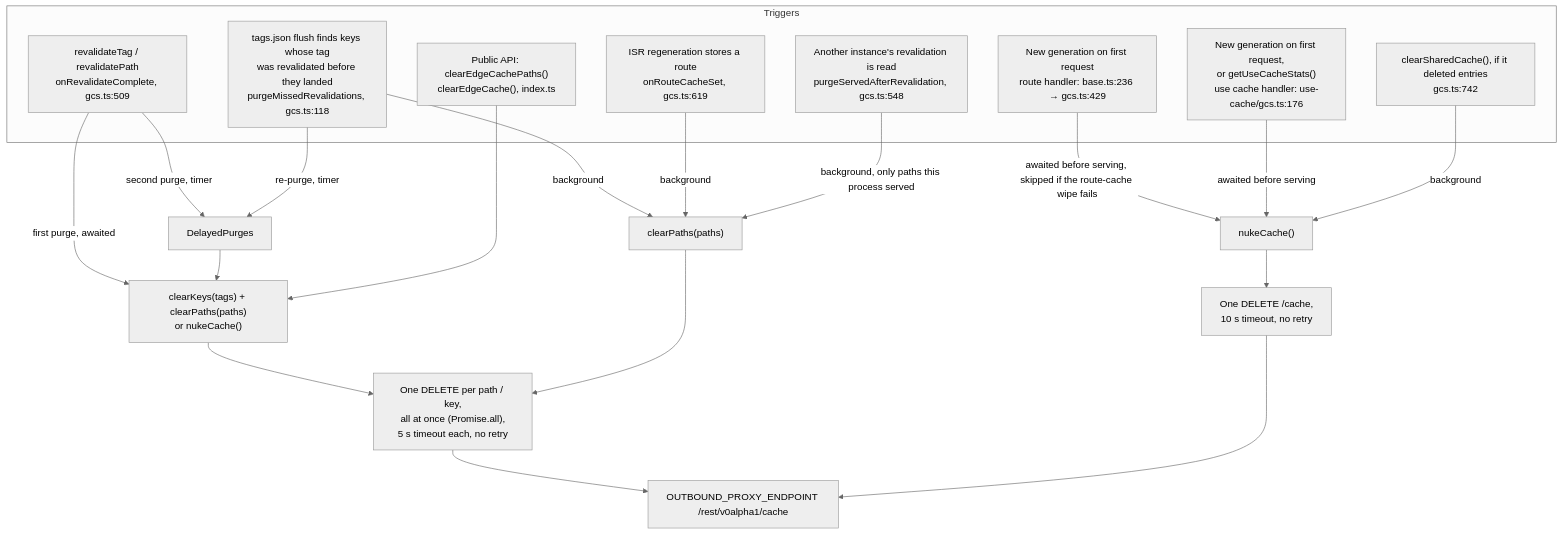
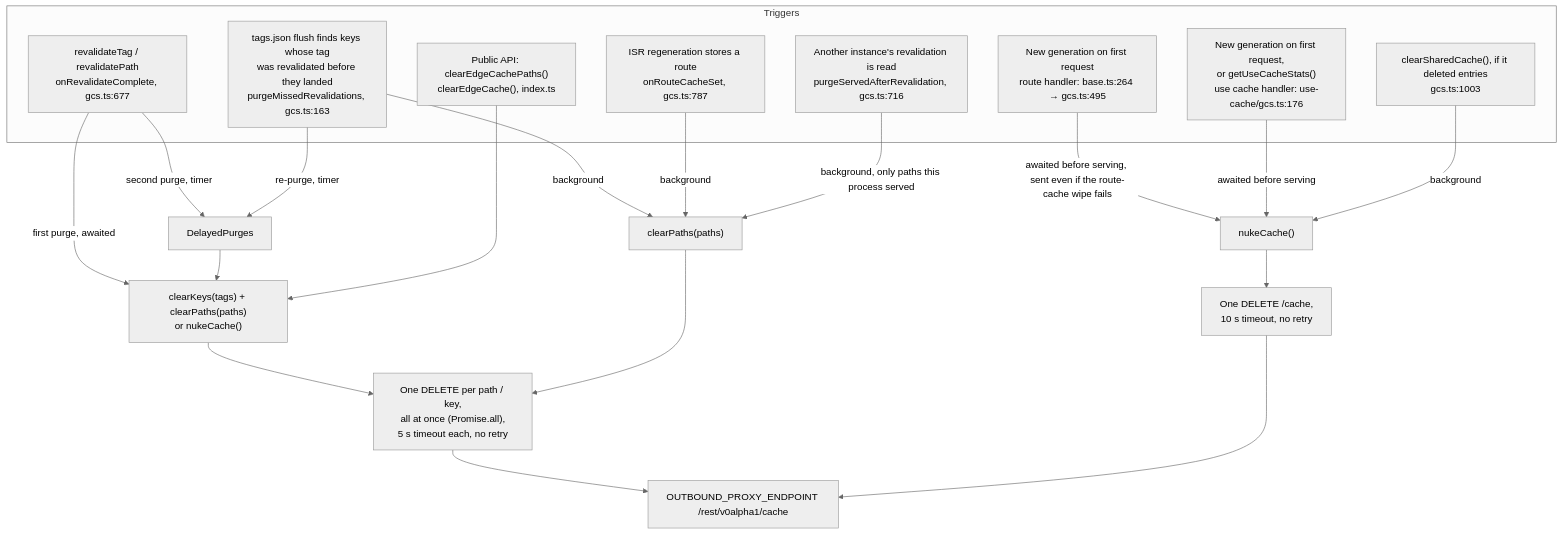
The fourth of 5 diagrams in ARCHITECTURE.md (pantheon-systems/nextjs-cache-handler), drawn with Mermaid (neutral theme) before and after one commit. The commit also changed other lines of this file and 20 other files, not shown here.

````diff
--- a/ARCHITECTURE.md
+++ b/ARCHITECTURE.md
@@ -212,31 +212,31 @@
 ```mermaid
 flowchart TB
   subgraph triggers["Triggers"]
-    t1["revalidateTag / revalidatePath<br/>onRevalidateComplete, gcs.ts:509"]
-    t2["ISR regeneration stores a route<br/>onRouteCacheSet, gcs.ts:619"]
-    t3["tags.json flush finds keys whose tag<br/>was revalidated before they landed<br/>purgeMissedRevalidations, gcs.ts:118"]
-    t4["New generation on first request<br/>route handler: base.ts:236 → gcs.ts:429"]
+    t1["revalidateTag / revalidatePath<br/>onRevalidateComplete, gcs.ts:677"]
+    t2["ISR regeneration stores a route<br/>onRouteCacheSet, gcs.ts:787"]
+    t3["tags.json flush finds keys whose tag<br/>was revalidated before they landed<br/>purgeMissedRevalidations, gcs.ts:163"]
+    t4["New generation on first request<br/>route handler: base.ts:264 → gcs.ts:495"]
     t5["New generation on first request,<br/>or getUseCacheStats()<br/>use cache handler: use-cache/gcs.ts:176"]
-    t6["clearSharedCache(), if it deleted entries<br/>gcs.ts:742"]
-    t8["Another instance's revalidation is read<br/>purgeServedAfterRevalidation, gcs.ts:548"]
+    t6["clearSharedCache(), if it deleted entries<br/>gcs.ts:1003"]
+    t8["Another instance's revalidation is read<br/>purgeServedAfterRevalidation, gcs.ts:716"]
     t7["Public API: clearEdgeCachePaths()<br/>clearEdgeCache(), index.ts"]
   end
 
   t1 -- "first purge, awaited" --> keysPaths["clearKeys(tags) + clearPaths(paths)<br/>or nukeCache()"]
   t1 -- "second purge, timer" --> dp[DelayedPurges]
   t3 -- "background" --> paths1["clearPaths(paths)"]
   t3 -- "re-purge, timer" --> dp
   dp --> keysPaths
   t2 -- "background" --> paths1
-  t4 -- "awaited before serving, skipped if the route-cache wipe fails" --> nuke["nukeCache()"]
+  t4 -- "awaited before serving, sent even if the route-cache wipe fails" --> nuke["nukeCache()"]
   t5 -- "awaited before serving" --> nuke
   t6 -- "background" --> nuke
   t7 --> keysPaths
   t8 -- "background, only paths this process served" --> paths1
 
   keysPaths --> fan["One DELETE per path / key,<br/>all at once (Promise.all),<br/>5 s timeout each, no retry"]
   paths1 --> fan
   nuke --> one["One DELETE /cache,<br/>10 s timeout, no retry"]
   fan --> proxy[OUTBOUND_PROXY_ENDPOINT /rest/v0alpha1/cache]
   one --> proxy
 ```
````
